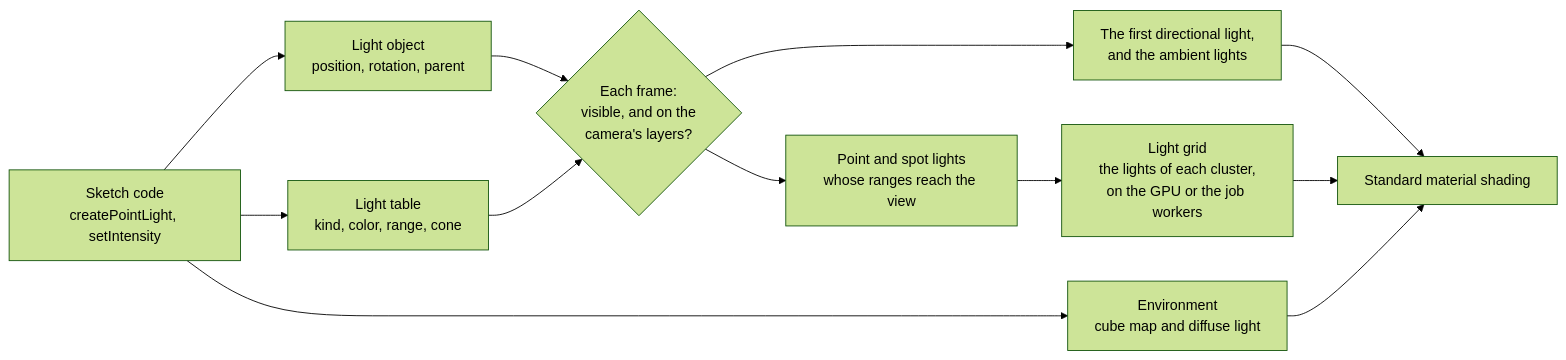
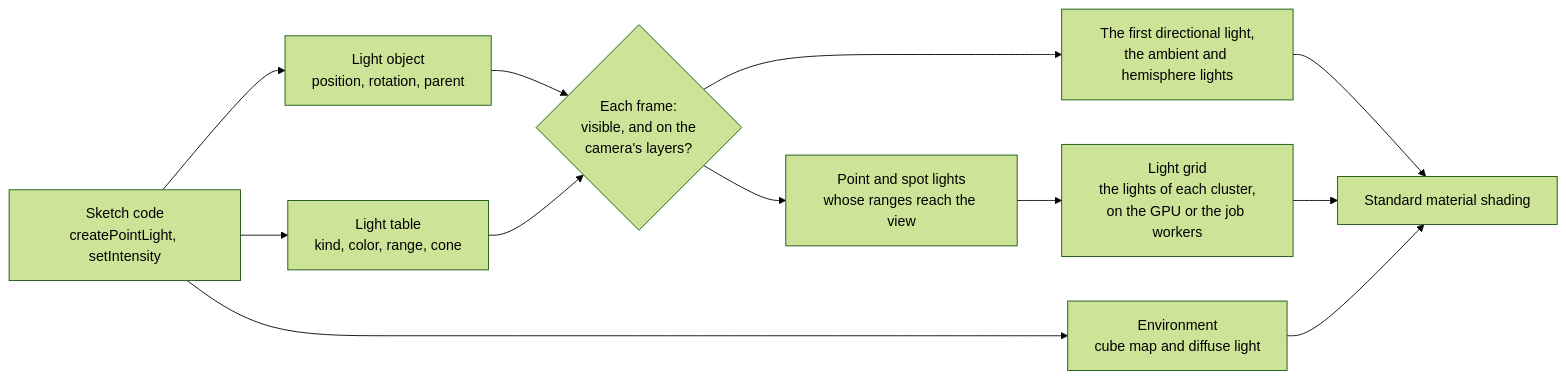
The first of 3 diagrams in docs/concepts/lighting.md (null3d-engine/null3d), drawn with Mermaid (forest theme) before and after one commit. The commit also changed other lines of this file and 47 other files, not shown here.

First line of the commit message:
feat(engine): light surfaces with hemisphere lights (#478)

````diff
--- a/docs/concepts/lighting.md
+++ b/docs/concepts/lighting.md
@@ -13,14 +13,14 @@
 ```mermaid
 flowchart LR
     sketch["Sketch code<br/>createPointLight, setIntensity"] --> object["Light object<br/>position, rotation, parent"]
     sketch --> table["Light table<br/>kind, color, range, cone"]
     sketch --> env["Environment<br/>cube map and diffuse light"]
     object --> frame{"Each frame:<br/>visible, and on the<br/>camera's layers?"}
     table --> frame
-    frame --> main["The first directional light,<br/>and the ambient lights"]
+    frame --> main["The first directional light,<br/>the ambient and hemisphere lights"]
     frame --> list["Point and spot lights<br/>whose ranges reach the view"]
     list --> grid["Light grid<br/>the lights of each cluster,<br/>on the GPU or the job workers"]
     main --> shading["Standard material shading"]
     grid --> shading
     env --> shading
 ```
````
